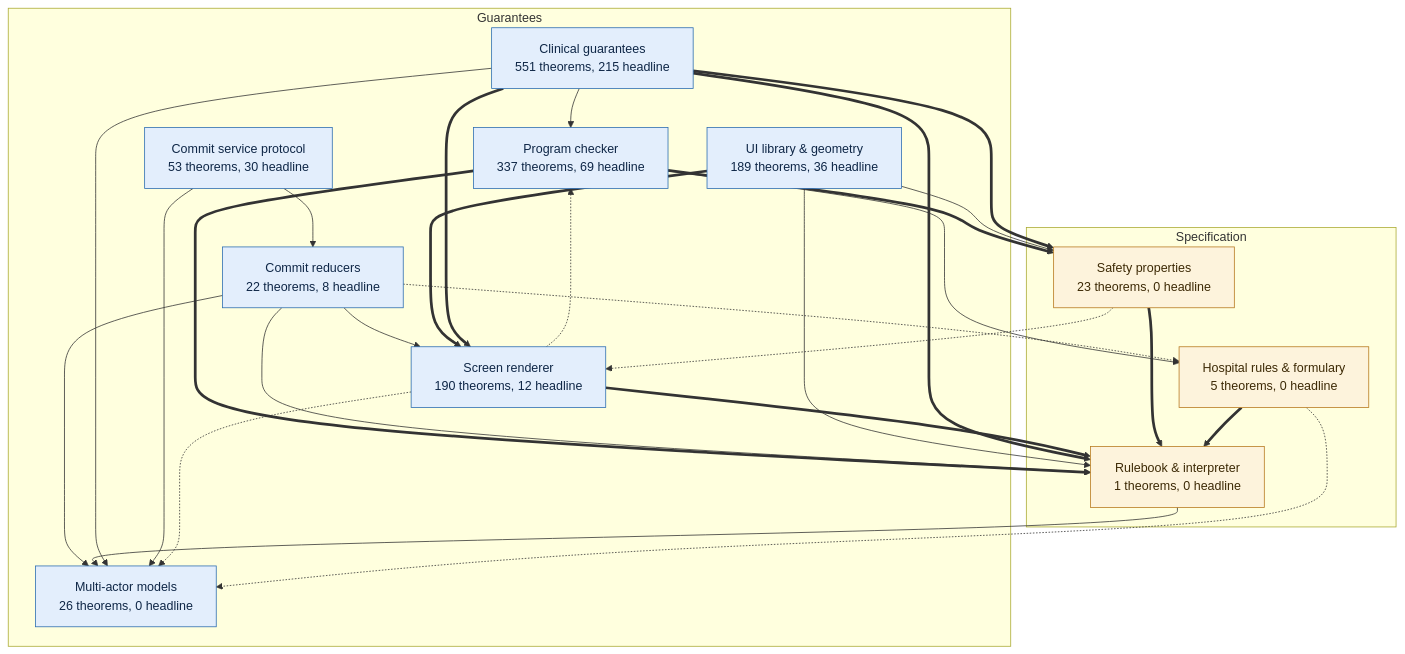
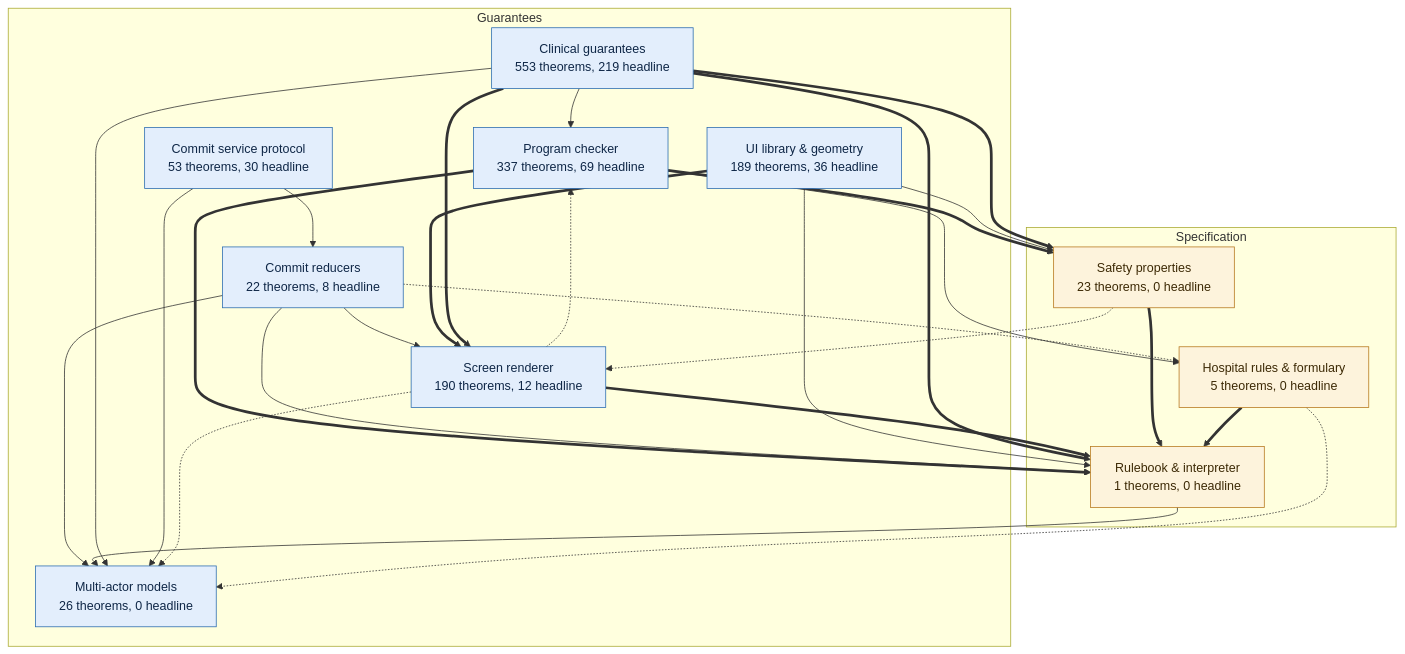
Before and after one commit to saithat/VGI-Health: the first of 9 diagrams in docs/proof-map.md, drawn with Mermaid. The commit also changed other lines of this file and 3 other files, not shown here.

````diff
--- a/docs/proof-map.md
+++ b/docs/proof-map.md
@@ -15,44 +15,44 @@
 ```mermaid
 flowchart TB
   subgraph guar_g["Guarantees"]
-    proofs["Clinical guarantees<br/>551 theorems, 215 headline"]:::guar
+    proofs["Clinical guarantees<br/>553 theorems, 219 headline"]:::guar
     check["Program checker<br/>337 theorems, 69 headline"]:::guar
     render["Screen renderer<br/>190 theorems, 12 headline"]:::guar
     layout["UI library &amp; geometry<br/>189 theorems, 36 headline"]:::guar
     commit["Commit reducers<br/>22 theorems, 8 headline"]:::guar
     protocol["Commit service protocol<br/>53 theorems, 30 headline"]:::guar
     multi["Multi-actor models<br/>26 theorems, 0 headline"]:::guar
   end
   subgraph spec_g["Specification"]
     core["Rulebook &amp; interpreter<br/>1 theorems, 0 headline"]:::spec
     props["Safety properties<br/>23 theorems, 0 headline"]:::spec
     specs["Hospital rules &amp; formulary<br/>5 theorems, 0 headline"]:::spec
   end
   check ==> core
   check ==> props
   check --> specs
   commit --> core
   commit --> multi
   commit --> render
   commit -.-> specs
   core --> multi
   layout --> core
   layout --> props
   layout ==> render
   proofs --> check
   proofs ==> core
   proofs --> multi
   proofs ==> props
   proofs ==> render
   props ==> core
   props -.-> render
   protocol --> commit
   protocol --> multi
   render -.-> check
   render ==> core
   render -.-> multi
   specs ==> core
   specs -.-> multi
   classDef spec fill:#fdf3dc,stroke:#b7791f,color:#3d2a06
   classDef guar fill:#e3eefc,stroke:#2b6cb0,color:#0f2747
 ```
````
